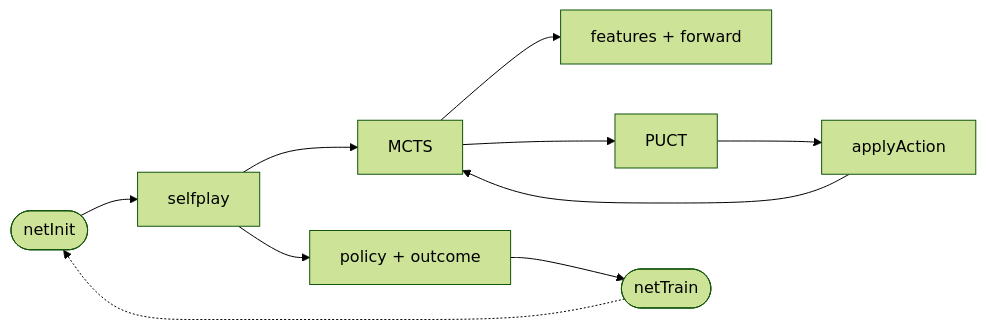
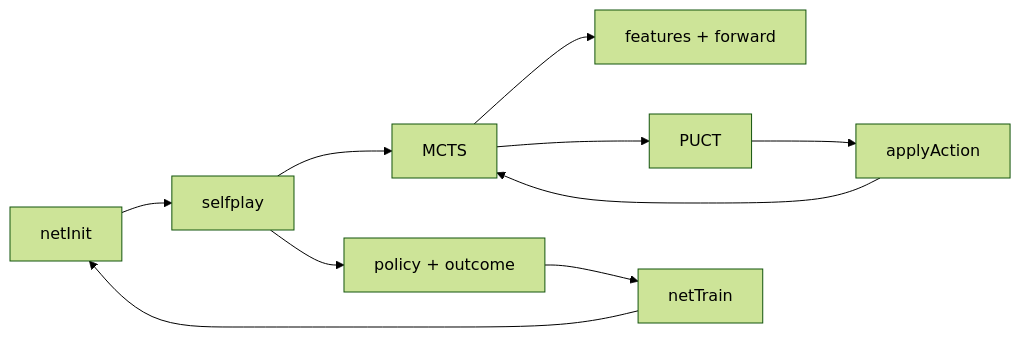
One commit to AHMADALIPARR/sea_hunter_research changed the second of 2 diagrams in README.md. Above: the diagram before and after it, drawn with Mermaid (forest theme). The commit also changed other lines of this file, not shown here.

Commit message:
Fix mermaid diagrams for GitHub rendering and remove broken citation tags

````diff
--- a/README.md
+++ b/README.md
@@ -129,12 +129,12 @@
 ```mermaid
 flowchart LR
-    A([netInit]) --> B[selfplay]
-    B --> C[MCTS]
-    C --> D[features + forward]
-    C --> E[PUCT]
-    E --> F[applyAction]
-    F --> C
-    B --> G[policy + outcome]
-    G --> H([netTrain])
-    H -.-> A
+    init[netInit] --> selfplay[selfplay]
+    selfplay --> mcts[MCTS]
+    mcts --> forward[features + forward]
+    mcts --> puct[PUCT]
+    puct --> apply[applyAction]
+    apply --> mcts
+    selfplay --> targets[policy + outcome]
+    targets --> train[netTrain]
+    train --> init
 ```
````
